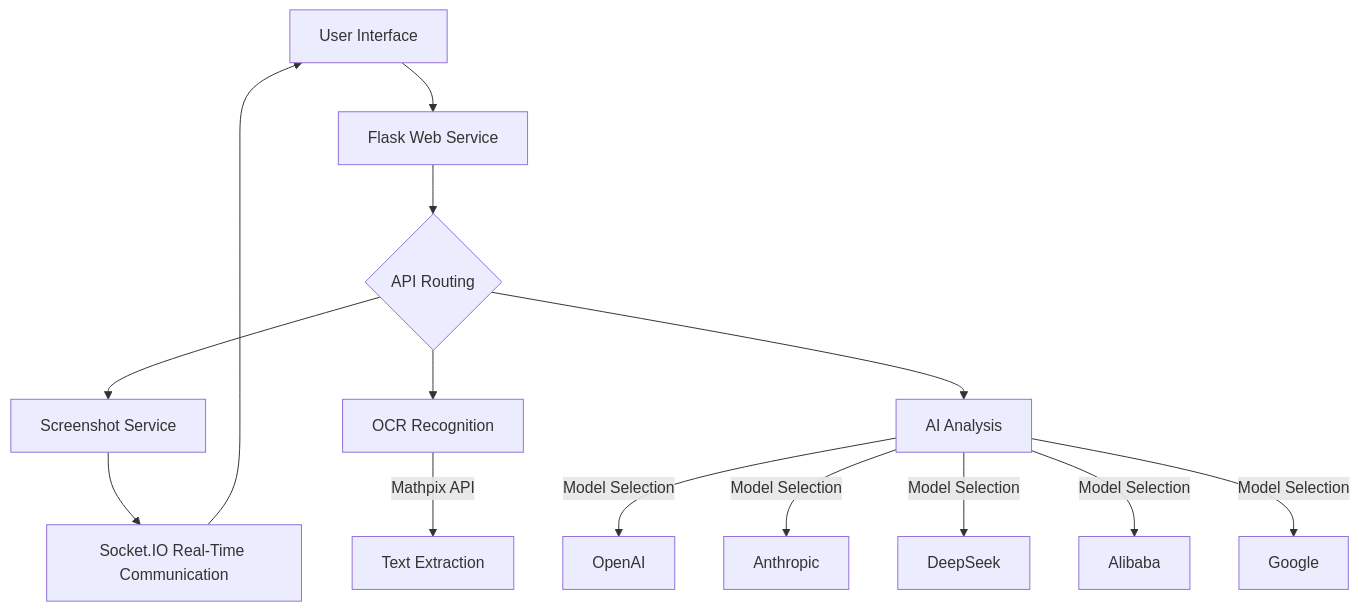
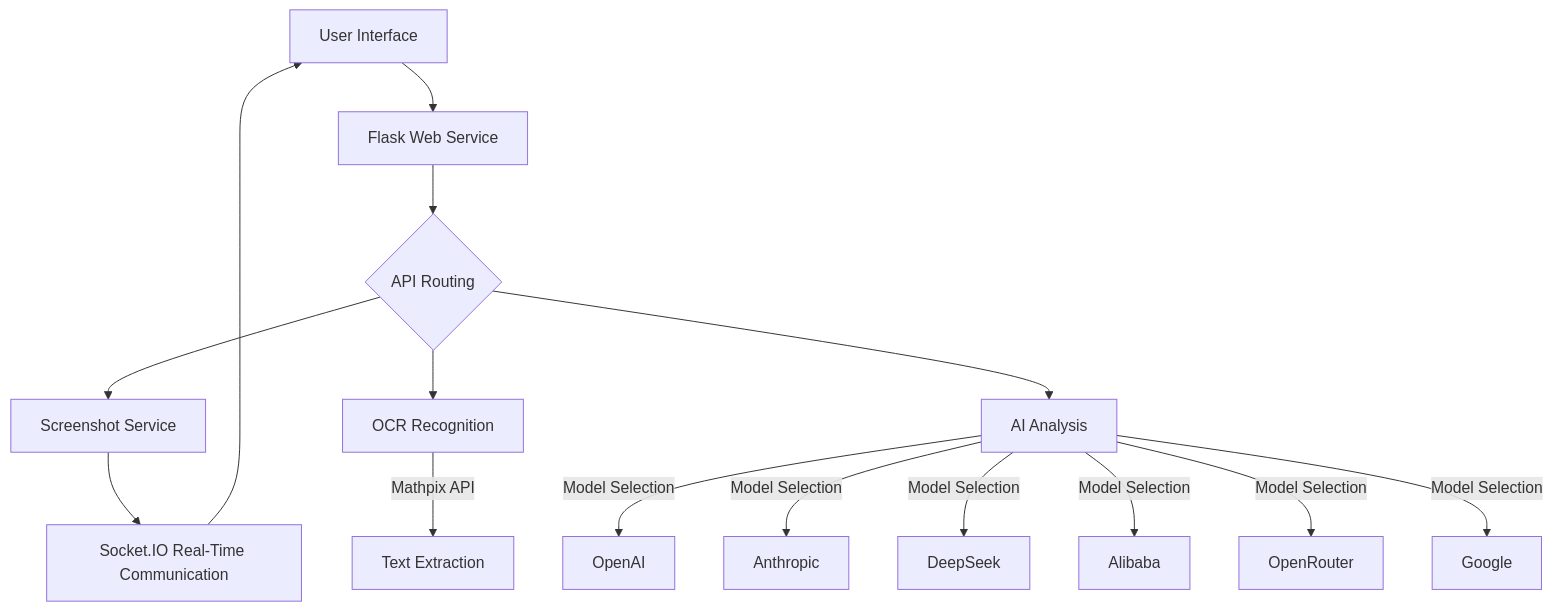
One commit to Zippland/Snap-Solver changed the diagram in README.md. Above: the diagram before and after it, drawn with Mermaid. The commit also changed other lines of this file and 2 other files, not shown here.

````diff
--- a/README.md
+++ b/README.md
@@ -59,16 +59,17 @@
 ```mermaid
 graph TD
     A[User Interface] --> B[Flask Web Service]
     B --> C{API Routing}
     C --> D[Screenshot Service]
     C --> E[OCR Recognition]
     C --> F[AI Analysis]
     E --> |Mathpix API| G[Text Extraction]
     F --> |Model Selection| H1[OpenAI]
     F --> |Model Selection| H2[Anthropic]
     F --> |Model Selection| H3[DeepSeek]
     F --> |Model Selection| H4[Alibaba]
-    F --> |Model Selection| H5[Google]
+    F --> |Model Selection| H5[OpenRouter]
+    F --> |Model Selection| H6[Google]
     D --> I[Socket.IO Real-Time Communication]
     I --> A
 ```
````
